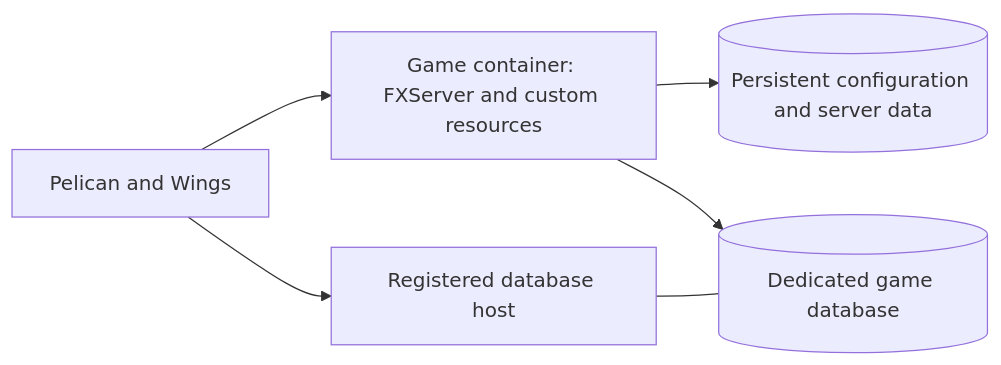
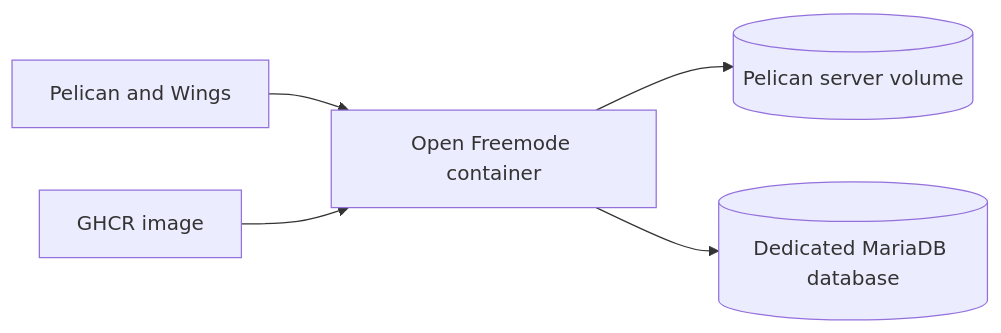
One commit to vrrdnt/open-freemode changed the diagram in README.md. Above: the diagram before and after it, drawn with Mermaid. The commit also changed other lines of this file and 12 other files, not shown here.

````diff
--- a/README.md
+++ b/README.md
@@ -35,8 +30,7 @@
 ```mermaid
 flowchart LR
-    P[Pelican and Wings] --> G[Game container: FXServer and custom resources]
-    G --> F[(Persistent configuration and server data)]
-    G --> D[(Dedicated game database)]
-    P --> H[Registered database host]
-    H --- D
+    P[Pelican and Wings] --> C[Open Freemode container]
+    C --> V[(Pelican server volume)]
+    C --> D[(Dedicated MariaDB database)]
+    R[GHCR image] --> C
 ```
````
